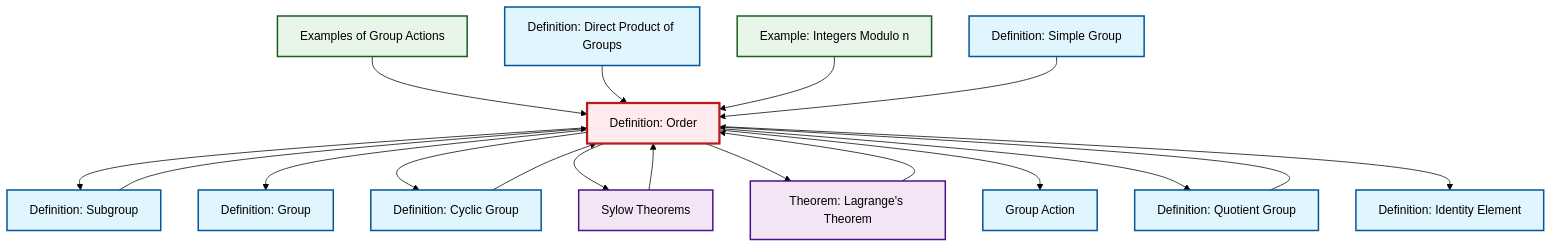
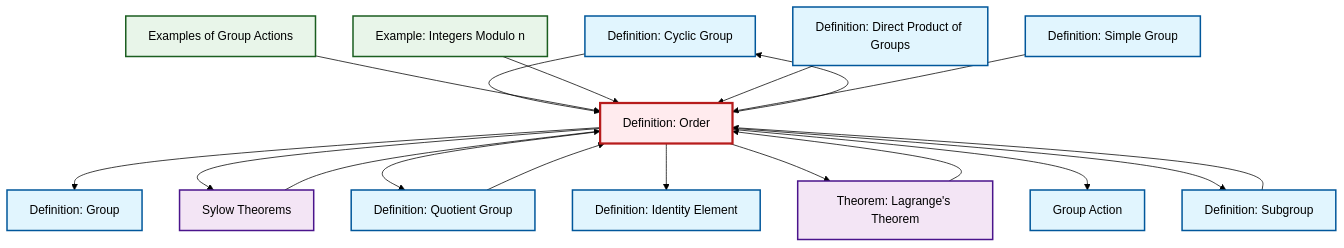
Before and after one commit to RK0429/ModernMath: the diagram in content/en/algebra/def-order.qmd, drawn with Mermaid (forest theme). The commit also changed other lines of this file and 597 other files, not shown here.

````diff
--- a/content/en/algebra/def-order.qmd
+++ b/content/en/algebra/def-order.qmd
@@ -80,52 +80,52 @@
 ```{mermaid}
 %%| fig-cap: "Local dependency graph"
 graph TD
     classDef definition fill:#e1f5fe,stroke:#01579b,stroke-width:2px
     classDef theorem fill:#f3e5f5,stroke:#4a148c,stroke-width:2px
     classDef axiom fill:#fff3e0,stroke:#e65100,stroke-width:2px
     classDef example fill:#e8f5e9,stroke:#1b5e20,stroke-width:2px
     classDef current fill:#ffebee,stroke:#b71c1c,stroke-width:3px
+    def-identity-element["Definition: Identity Element"]:::definition
+    def-cyclic-group["Definition: Cyclic Group"]:::definition
+    def-order["Definition: Order"]:::definition
+    def-group-action["Group Action"]:::definition
+    thm-lagrange["Theorem: Lagrange's Theorem"]:::theorem
     def-simple-group["Definition: Simple Group"]:::definition
+    thm-sylow["Sylow Theorems"]:::theorem
+    ex-quotient-integers-mod-n["Example: Integers Modulo n"]:::example
+    ex-group-action-examples["Examples of Group Actions"]:::example
+    def-quotient-group["Definition: Quotient Group"]:::definition
     def-subgroup["Definition: Subgroup"]:::definition
-    thm-sylow["Sylow Theorems"]:::theorem
-    def-order["Definition: Order"]:::definition
-    ex-quotient-integers-mod-n["Example: Integers Modulo n"]:::example
-    def-group-action["Group Action"]:::definition
-    def-quotient-group["Definition: Quotient Group"]:::definition
-    thm-lagrange["Theorem: Lagrange's Theorem"]:::theorem
-    ex-group-action-examples["Examples of Group Actions"]:::example
-    def-cyclic-group["Definition: Cyclic Group"]:::definition
-    def-identity-element["Definition: Identity Element"]:::definition
+    def-direct-product["Definition: Direct Product of Groups"]:::definition
     def-group["Definition: Group"]:::definition
-    def-direct-product["Definition: Direct Product of Groups"]:::definition
+    def-cyclic-group --> def-order
+    thm-lagrange --> def-order
+    def-order --> def-group
+    def-subgroup --> def-order
+    thm-sylow --> def-order
+    def-order --> thm-sylow
+    def-order --> def-quotient-group
+    def-order --> def-cyclic-group
+    ex-group-action-examples --> def-order
+    ex-quotient-integers-mod-n --> def-order
+    def-order --> def-identity-element
+    def-order --> thm-lagrange
+    def-order --> def-group-action
     def-order --> def-subgroup
-    def-order --> def-group
-    def-order --> def-cyclic-group
-    def-order --> thm-sylow
+    def-direct-product --> def-order
     def-quotient-group --> def-order
-    ex-group-action-examples --> def-order
-    def-subgroup --> def-order
-    def-direct-product --> def-order
-    ex-quotient-integers-mod-n --> def-order
-    thm-lagrange --> def-order
-    def-order --> thm-lagrange
     def-simple-group --> def-order
-    def-order --> def-group-action
-    thm-sylow --> def-order
-    def-order --> def-quotient-group
-    def-cyclic-group --> def-order
-    def-order --> def-identity-element
     class def-order current
+    click def-identity-element "def-identity-element.html" "Go to Identity Element definition"
+    click def-cyclic-group "def-cyclic-group.html" "Go to Cyclic Group definition"
+    click def-group-action "def-group-action.html" "Go to Group Action"
+    click thm-lagrange "thm-lagrange.html" "Go to Lagrange's Theorem theorem"
     click def-simple-group "def-simple-group.html" "Go to Simple Group definition"
-    click def-subgroup "def-subgroup.html" "Go to Subgroup definition"
     click thm-sylow "thm-sylow.html" "Go to Sylow Theorems"
     click ex-quotient-integers-mod-n "ex-quotient-integers-mod-n.html" "Go to Integers Modulo n example"
-    click def-group-action "def-group-action.html" "Go to Group Action"
+    click ex-group-action-examples "ex-group-action-examples.html" "Go to Examples of Group Actions"
     click def-quotient-group "def-quotient-group.html" "Go to Quotient Group definition"
-    click thm-lagrange "thm-lagrange.html" "Go to Lagrange's Theorem theorem"
-    click ex-group-action-examples "ex-group-action-examples.html" "Go to Examples of Group Actions"
-    click def-cyclic-group "def-cyclic-group.html" "Go to Cyclic Group definition"
-    click def-identity-element "def-identity-element.html" "Go to Identity Element definition"
+    click def-subgroup "def-subgroup.html" "Go to Subgroup definition"
+    click def-direct-product "def-direct-product.html" "Go to Direct Product of Groups definition"
     click def-group "def-group.html" "Go to Group definition"
-    click def-direct-product "def-direct-product.html" "Go to Direct Product of Groups definition"
 ```
````
